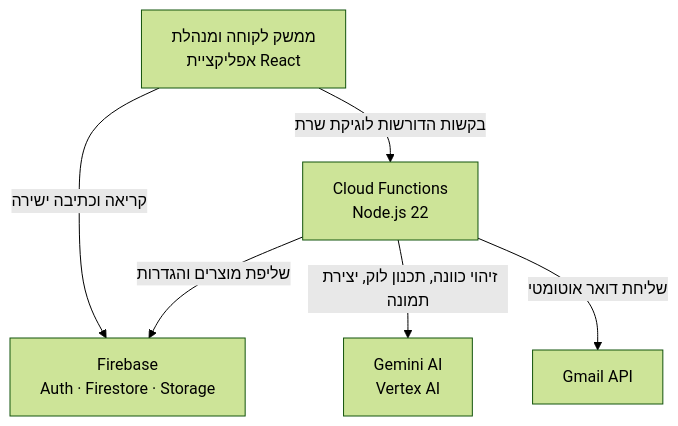
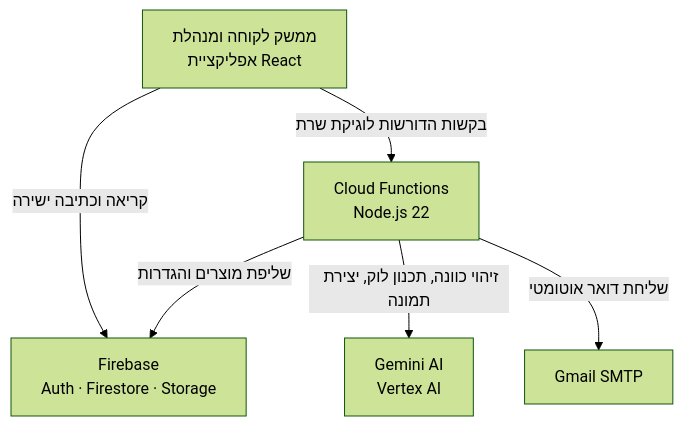
Before and after one commit to tasneembaqli04-jpg/fashion-sync-react: the first of 3 diagrams in SPECIFICATION.md, drawn with Mermaid (forest theme). The commit also changed 2 other files, not shown here.

Commit message:
docs: correct Gmail transport reference and add AI integration section

````diff
--- a/SPECIFICATION.md
+++ b/SPECIFICATION.md
@@ -44,14 +44,14 @@
 ```mermaid
 flowchart TD
     A["ממשק לקוחה ומנהלת<br/>אפליקציית React"]
     B["Firebase<br/>Auth · Firestore · Storage"]
     C["Cloud Functions<br/>Node.js 22"]
     D["Gemini AI<br/>Vertex AI"]
-    E["Gmail API"]
+    E["Gmail SMTP"]
 
     A -->|"קריאה וכתיבה ישירה"| B
     A -->|"בקשות הדורשות לוגיקת שרת"| C
     C -->|"שליפת מוצרים והגדרות"| B
     C -->|"זיהוי כוונה, תכנון לוק, יצירת תמונה"| D
     C -->|"שליחת דואר אוטומטי"| E
 ```
````
